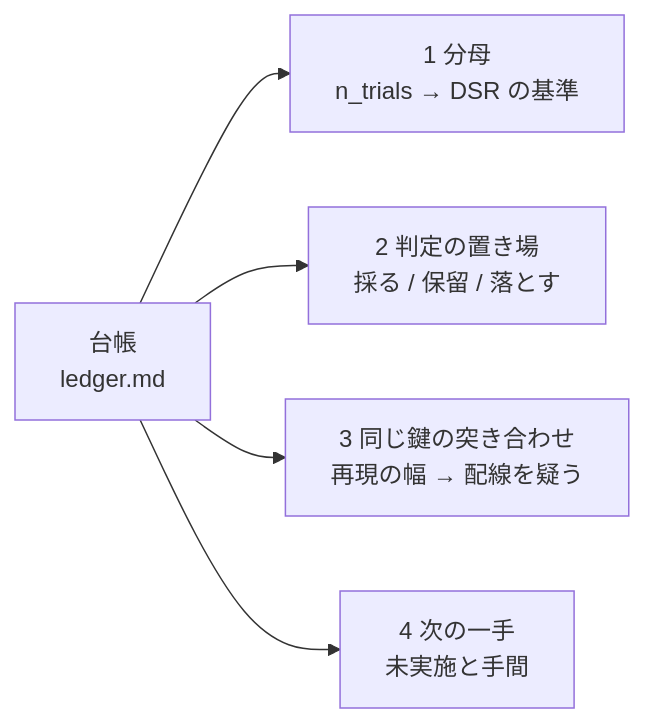
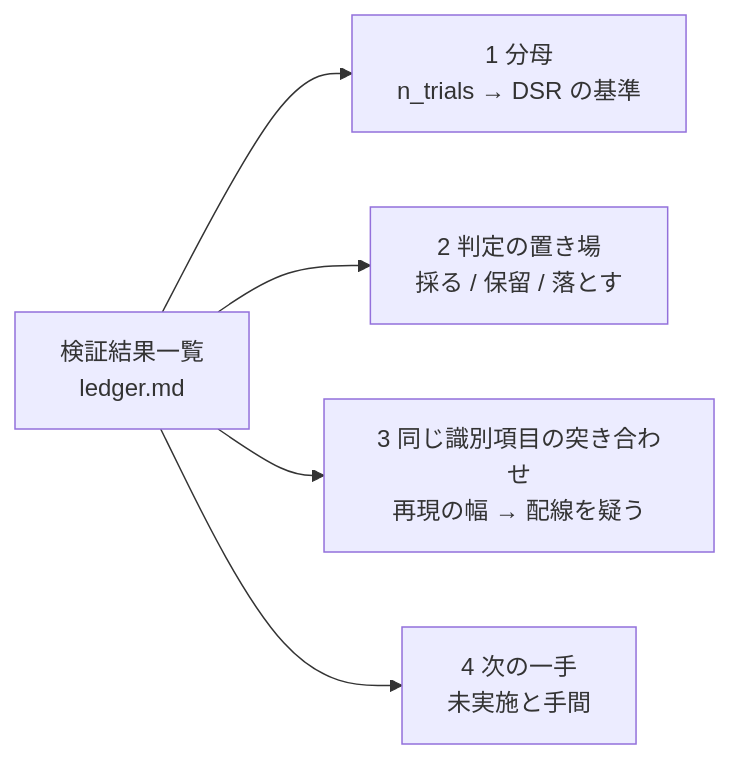
The second of 3 diagrams in docs/specs/experiments/feature-discovery/ledger-role.md (akiraak/ai-income-lab), drawn with Mermaid before and after one commit. The commit also changed other lines of this file and 52 other files, not shown here.

````diff
--- a/docs/specs/experiments/feature-discovery/ledger-role.md
+++ b/docs/specs/experiments/feature-discovery/ledger-role.md
@@ -46,7 +46,7 @@
 ```mermaid
 flowchart LR
-  L["台帳<br/>ledger.md"] --> A["1 分母<br/>n_trials → DSR の基準"]
+  L["検証結果一覧<br/>ledger.md"] --> A["1 分母<br/>n_trials → DSR の基準"]
   L --> B["2 判定の置き場<br/>採る / 保留 / 落とす"]
-  L --> C["3 同じ鍵の突き合わせ<br/>再現の幅 → 配線を疑う"]
+  L --> C["3 同じ識別項目の突き合わせ<br/>再現の幅 → 配線を疑う"]
   L --> D["4 次の一手<br/>未実施と手間"]
 ```
````
